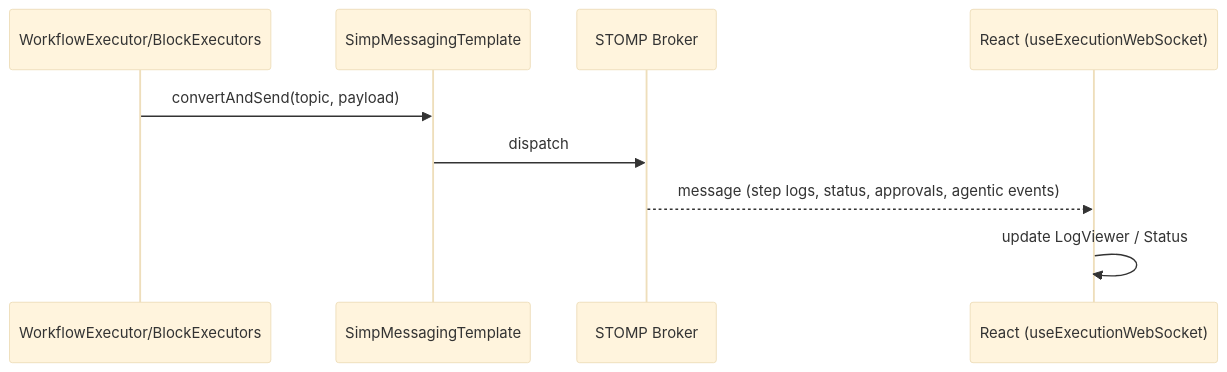
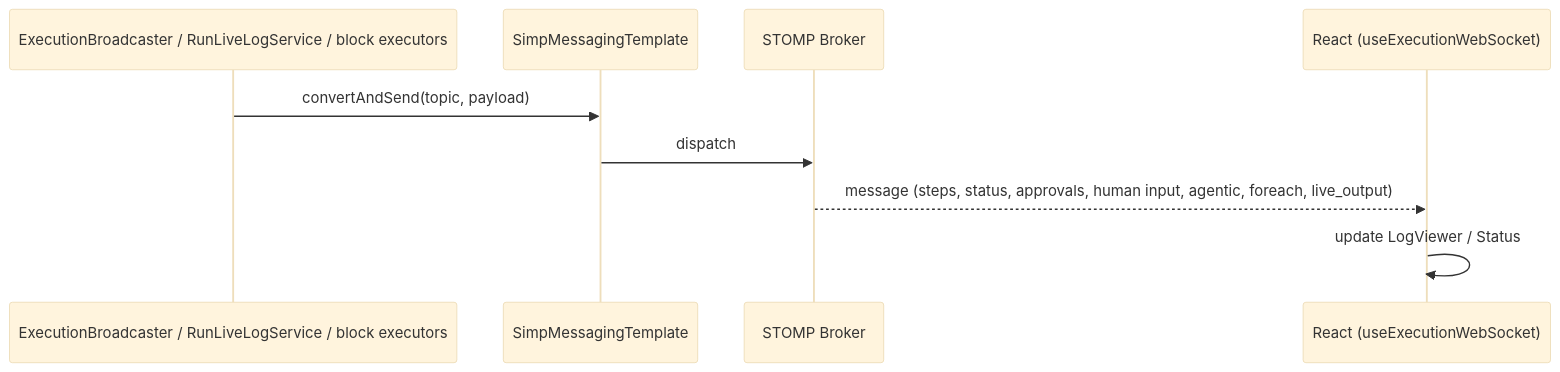
The first of 2 diagrams in docs/en/logging-monitoring-diagrams.md (FLSEST/MySuricates), drawn with Mermaid (base theme) before and after one commit. The commit also changed other lines of this file and 4 other files, not shown here.

First line of the commit message:
docs(diagramme): Logging page names categories, health status and rate-limit defaults like the code

````diff
--- a/docs/en/logging-monitoring-diagrams.md
+++ b/docs/en/logging-monitoring-diagrams.md
@@ -9,12 +9,12 @@
 ```mermaid
 sequenceDiagram
-    participant BE as WorkflowExecutor/BlockExecutors
+    participant BE as ExecutionBroadcaster / RunLiveLogService / block executors
     participant SMT as SimpMessagingTemplate
     participant ST as STOMP Broker
     participant UI as React (useExecutionWebSocket)
 
     BE->>SMT: convertAndSend(topic, payload)
     SMT->>ST: dispatch
-    ST-->>UI: message (step logs, status, approvals, agentic events)
+    ST-->>UI: message (steps, status, approvals, human input, agentic, foreach, live_output)
     UI->>UI: update LogViewer / Status
 ```
````
